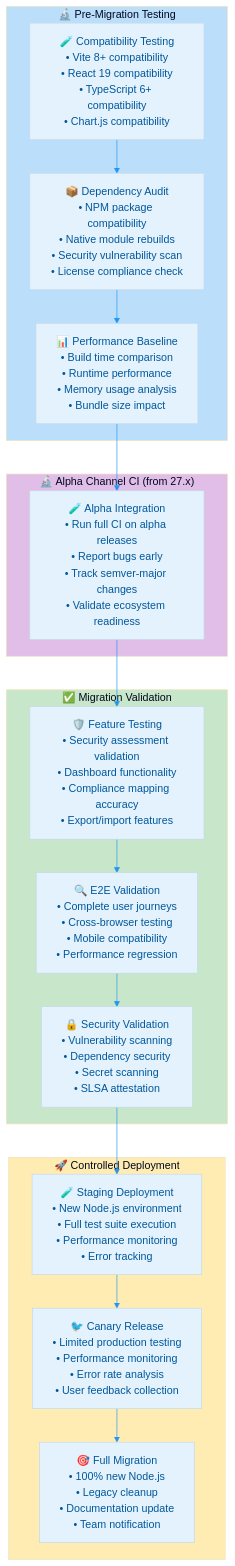
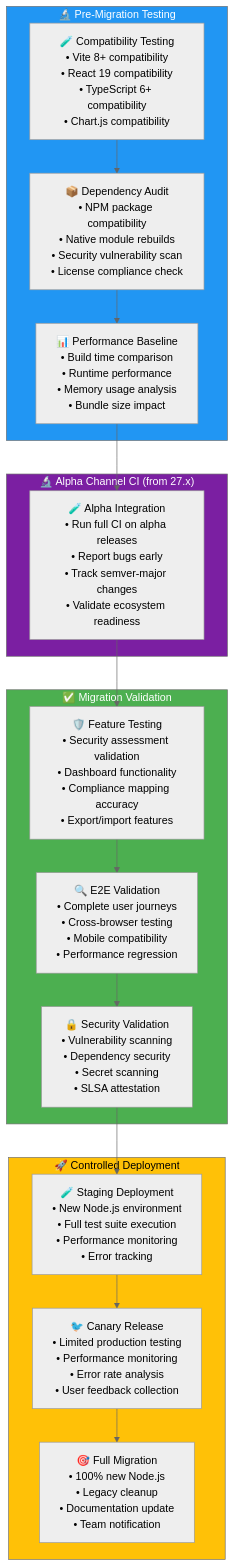
Before and after one commit to step-security-bot/cia-compliance-manager: the third of 9 diagrams in docs/End-of-Life-Strategy.md, drawn with Mermaid. The commit also changed other lines of this file and 27 other files, not shown here.

First line of the commit message:
fix: resolve broken mermaid diagrams and improve color coding to match ISMS style guide (#1106)

````diff
--- a/docs/End-of-Life-Strategy.md
+++ b/docs/End-of-Life-Strategy.md
@@ -232,51 +221,40 @@
 ```mermaid
-%%{
-  init: {
-    'theme': 'base',
-    'themeVariables': {
-      'primaryColor': '#e3f2fd',
-      'primaryTextColor': '#01579b',
-      'lineColor': '#2196f3',
-      'secondaryColor': '#f1f8e9',
-      'tertiaryColor': '#fff8e1'
-    }
-  }
-}%%
+%%{init: {"theme": "neutral"}}%%
 flowchart TB
     subgraph PREPARATION["🔬 Pre-Migration Testing"]
         COMPAT_TEST["🧪 Compatibility Testing<br/>• Vite 8+ compatibility<br/>• React 19 compatibility<br/>• TypeScript 6+ compatibility<br/>• Chart.js compatibility"]
         DEP_AUDIT["📦 Dependency Audit<br/>• NPM package compatibility<br/>• Native module rebuilds<br/>• Security vulnerability scan<br/>• License compliance check"]
         PERF_BASELINE["📊 Performance Baseline<br/>• Build time comparison<br/>• Runtime performance<br/>• Memory usage analysis<br/>• Bundle size impact"]
     end
 
     subgraph ALPHA_CI["🔬 Alpha Channel CI (from 27.x)"]
         ALPHA_TEST["🧪 Alpha Integration<br/>• Run full CI on alpha releases<br/>• Report bugs early<br/>• Track semver-major changes<br/>• Validate ecosystem readiness"]
     end
 
     subgraph VALIDATION["✅ Migration Validation"]
         FEATURE_TEST["🛡️ Feature Testing<br/>• Security assessment validation<br/>• Dashboard functionality<br/>• Compliance mapping accuracy<br/>• Export/import features"]
         E2E_VALIDATION["🔍 E2E Validation<br/>• Complete user journeys<br/>• Cross-browser testing<br/>• Mobile compatibility<br/>• Performance regression"]
         SECURITY_SCAN["🔒 Security Validation<br/>• Vulnerability scanning<br/>• Dependency security<br/>• Secret scanning<br/>• SLSA attestation"]
     end
 
     subgraph DEPLOYMENT["🚀 Controlled Deployment"]
         STAGING_DEPLOY["🧪 Staging Deployment<br/>• New Node.js environment<br/>• Full test suite execution<br/>• Performance monitoring<br/>• Error tracking"]
         CANARY_RELEASE["🐦 Canary Release<br/>• Limited production testing<br/>• Performance monitoring<br/>• Error rate analysis<br/>• User feedback collection"]
         FULL_MIGRATION["🎯 Full Migration<br/>• 100% new Node.js<br/>• Legacy cleanup<br/>• Documentation update<br/>• Team notification"]
     end
 
     COMPAT_TEST --> DEP_AUDIT
     DEP_AUDIT --> PERF_BASELINE
     PERF_BASELINE --> ALPHA_TEST
     ALPHA_TEST --> FEATURE_TEST
     FEATURE_TEST --> E2E_VALIDATION
     E2E_VALIDATION --> SECURITY_SCAN
     SECURITY_SCAN --> STAGING_DEPLOY
     STAGING_DEPLOY --> CANARY_RELEASE
     CANARY_RELEASE --> FULL_MIGRATION
 
-    style PREPARATION fill:#bbdefb
-    style ALPHA_CI fill:#e1bee7
-    style VALIDATION fill:#c8e6c9
-    style DEPLOYMENT fill:#ffecb3
+    style PREPARATION fill:#2196F3,color:#ffffff
+    style ALPHA_CI fill:#7B1FA2,color:#ffffff
+    style VALIDATION fill:#4CAF50,color:#ffffff
+    style DEPLOYMENT fill:#FFC107,color:#000000
 ```
````
